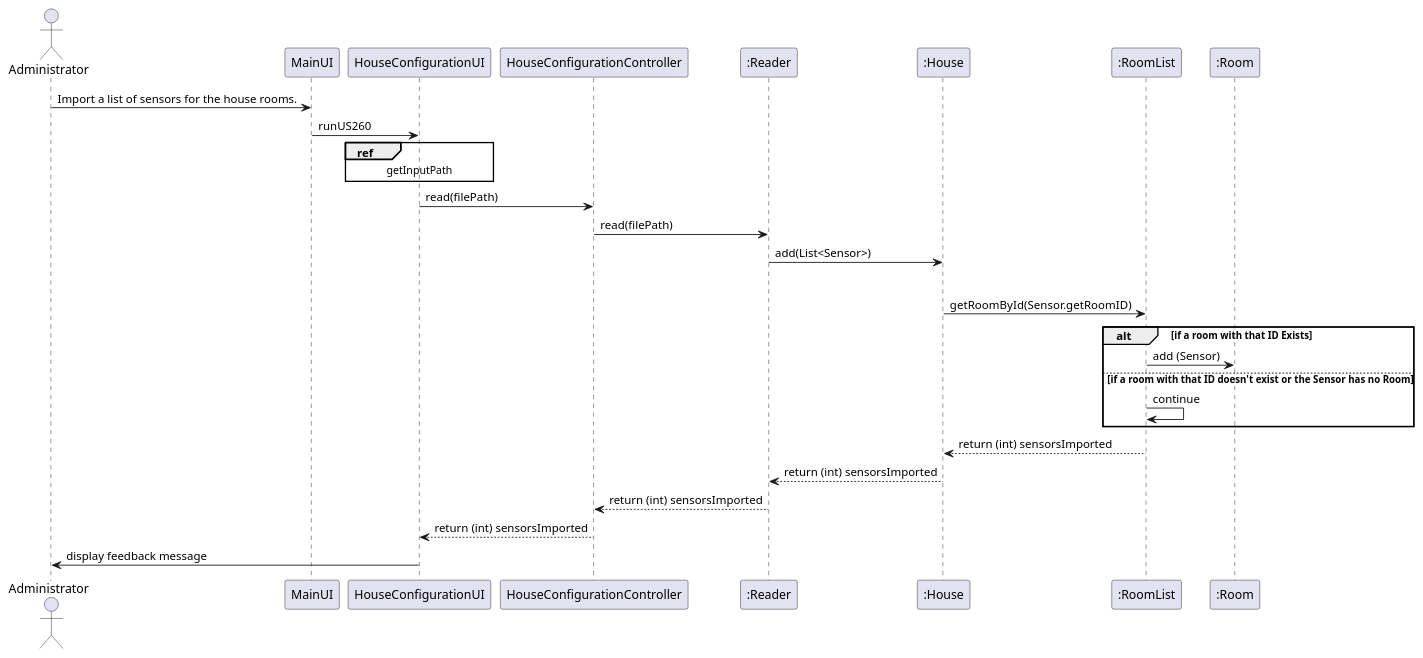
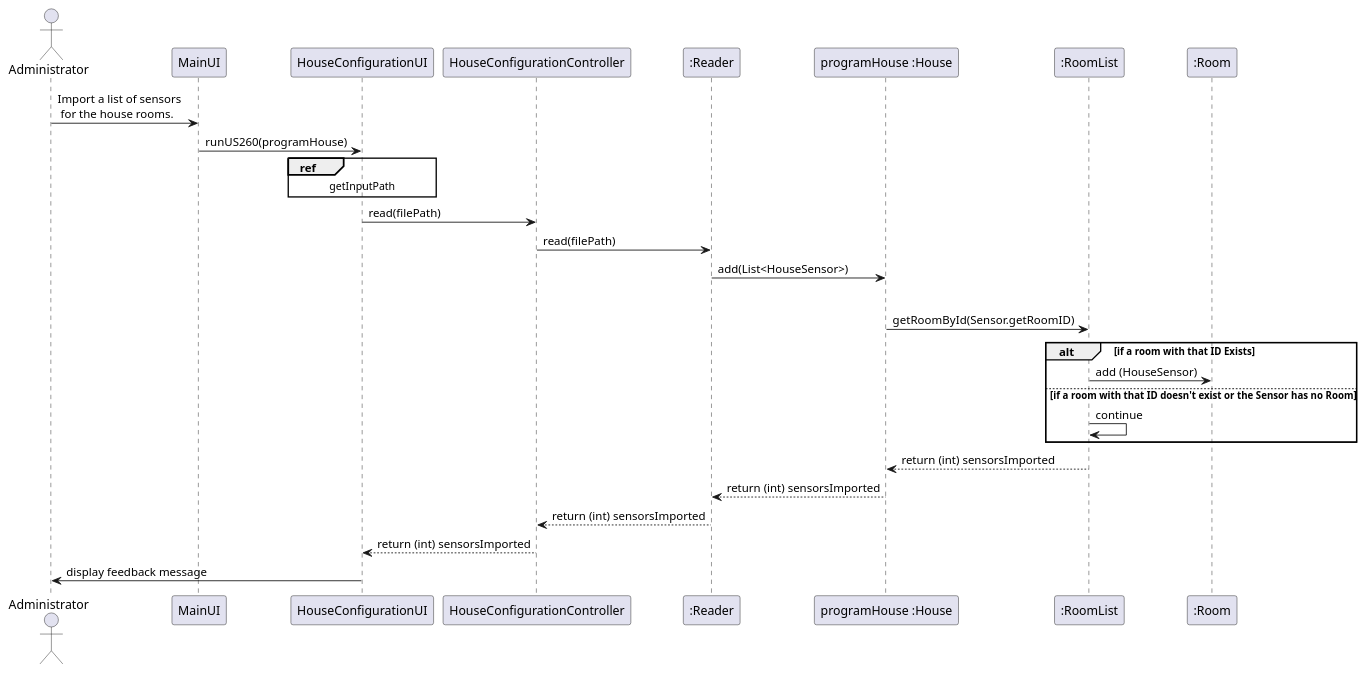
The diagram in src/doc/Controllers/HouseConfiguration/US260/US260_sd_HouseConfiguration.puml (Almadanmp/project), drawn with PlantUML before and after one commit. The commit also changed 5 other files, not shown here.

```diff
--- a/src/doc/Controllers/HouseConfiguration/US260/US260_sd_HouseConfiguration.puml
+++ b/src/doc/Controllers/HouseConfiguration/US260/US260_sd_HouseConfiguration.puml
@@ -1,23 +1,23 @@
 @startuml
 actor Administrator
-Administrator->MainUI: Import a list of sensors for the house rooms.
-MainUI->HouseConfigurationUI: runUS260
+Administrator->MainUI: Import a list of sensors \n for the house rooms.
+MainUI->HouseConfigurationUI: runUS260(programHouse)
 ref over HouseConfigurationUI
 getInputPath
 end
 HouseConfigurationUI-> HouseConfigurationController: read(filePath)
 HouseConfigurationController -> ":Reader": read(filePath)
-":Reader" -> ":House": add(List<Sensor>)
+":Reader" -> "programHouse :House": add(List<HouseSensor>)
 loop
-":House" -> ":RoomList": getRoomById(Sensor.getRoomID)
+"programHouse :House" -> ":RoomList": getRoomById(Sensor.getRoomID)
 alt if a room with that ID Exists
-":RoomList" -> ":Room": add (Sensor)
+":RoomList" -> ":Room": add (HouseSensor)
 else if a room with that ID doesn't exist or the Sensor has no Room
 ":RoomList" -> ":RoomList": continue
 end
-":RoomList" --> ":House": return (int) sensorsImported
-":House" --> ":Reader": return (int) sensorsImported
+":RoomList" --> "programHouse :House": return (int) sensorsImported
+"programHouse :House" --> ":Reader": return (int) sensorsImported
 ":Reader" --> HouseConfigurationController: return (int) sensorsImported
 HouseConfigurationController --> HouseConfigurationUI: return (int) sensorsImported
 HouseConfigurationUI -> Administrator: display feedback message
 @enduml
```
